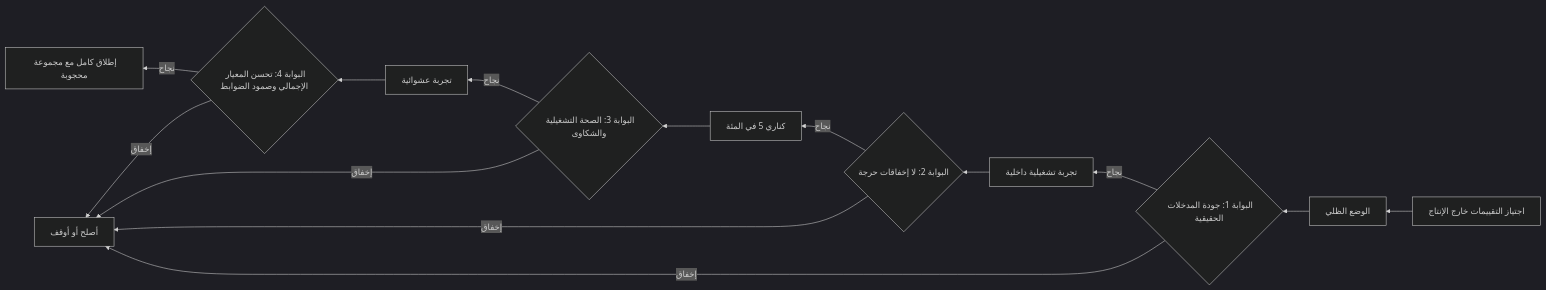
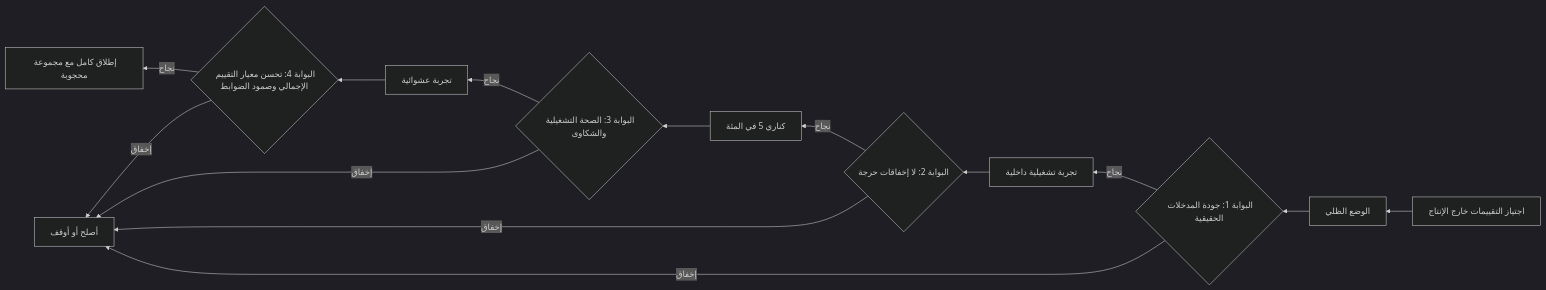
Before and after one commit to Tamoura/system-design-for-vibe-coders: the third of 3 diagrams in aipm/modules/06-evaluation.ar.md, drawn with Mermaid (dark theme). The commit also changed other lines of this file and 335 other files, not shown here.

````diff
--- a/aipm/modules/06-evaluation.ar.md
+++ b/aipm/modules/06-evaluation.ar.md
@@ -604,16 +604,16 @@
 ```mermaid
 flowchart RL
     A["اجتياز التقييمات خارج الإنتاج"] --> B["الوضع الظلي"]
     B --> C{"البوابة 1: جودة المدخلات الحقيقية"}
     C -->|"نجاح"| D["تجربة تشغيلية داخلية"]
     D --> E{"البوابة 2: لا إخفاقات حرجة"}
     E -->|"نجاح"| F["كناري 5 في المئة"]
     F --> G{"البوابة 3: الصحة التشغيلية والشكاوى"}
     G -->|"نجاح"| H["تجربة عشوائية"]
-    H --> I{"البوابة 4: تحسن المعيار الإجمالي وصمود الضوابط"}
+    H --> I{"البوابة 4: تحسن معيار التقييم الإجمالي وصمود الضوابط"}
     I -->|"نجاح"| J["إطلاق كامل مع مجموعة محجوبة"]
     C -->|"إخفاق"| K["أصلح أو أوقف"]
     E -->|"إخفاق"| K
     G -->|"إخفاق"| K
     I -->|"إخفاق"| K
 ```
````
